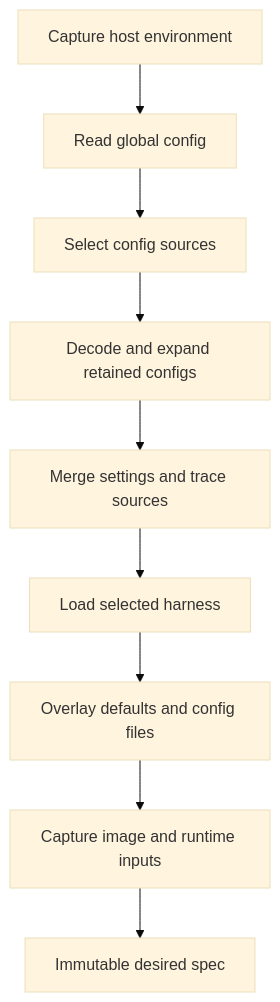
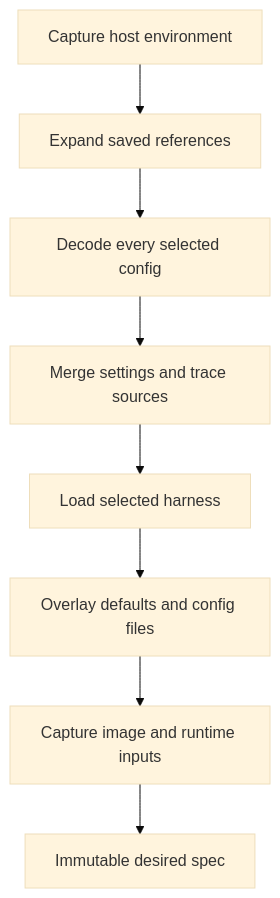
The first of 2 diagrams in docs/src/architecture/configuration.md (pip12345/devbox-neo), drawn with Mermaid (base theme) before and after one commit. The commit also changed other lines of this file and 27 other files, not shown here.

````diff
--- a/docs/src/architecture/configuration.md
+++ b/docs/src/architecture/configuration.md
@@ -7,11 +7,10 @@
 ```mermaid
 flowchart TD
-    HOST[Capture host environment] --> GLOBAL[Read global config]
-    GLOBAL --> LAYERS[Select config sources]
-    LAYERS --> READ[Decode and expand retained configs]
+    HOST[Capture host environment] --> REFS[Expand saved references]
+    REFS --> READ[Decode every selected config]
     READ --> MERGE[Merge settings and trace sources]
     MERGE --> HAR[Load selected harness]
     HAR --> FILES[Overlay defaults and config files]
     FILES --> PLAN[Capture image and runtime inputs]
     PLAN --> SPEC[Immutable desired spec]
 ```
````
